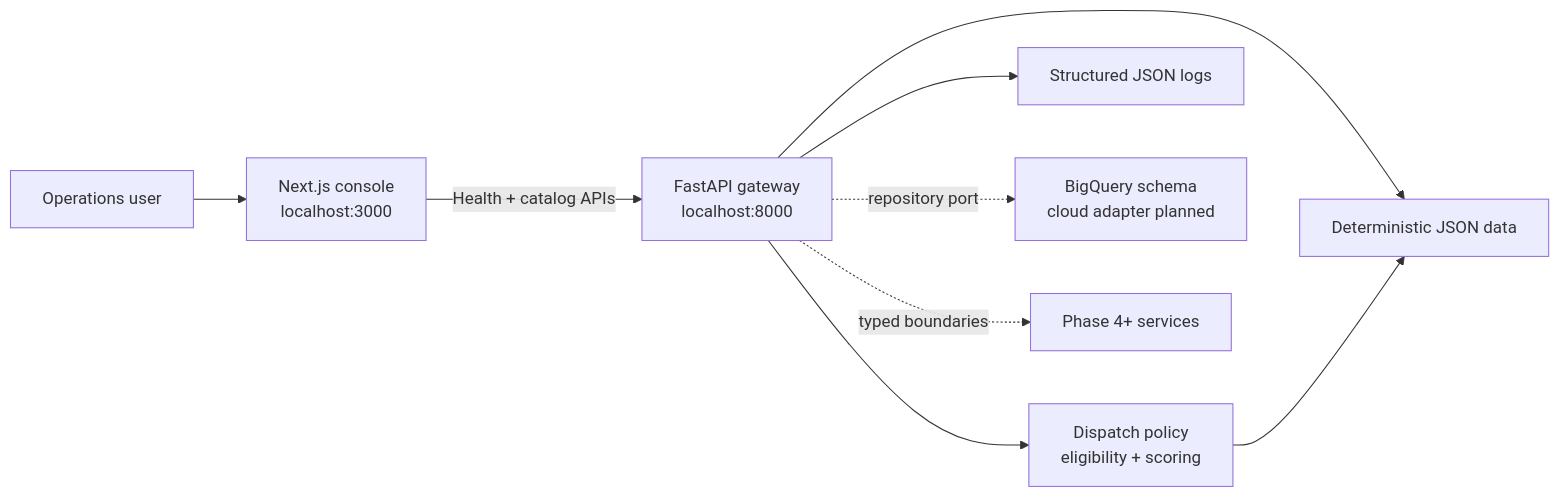
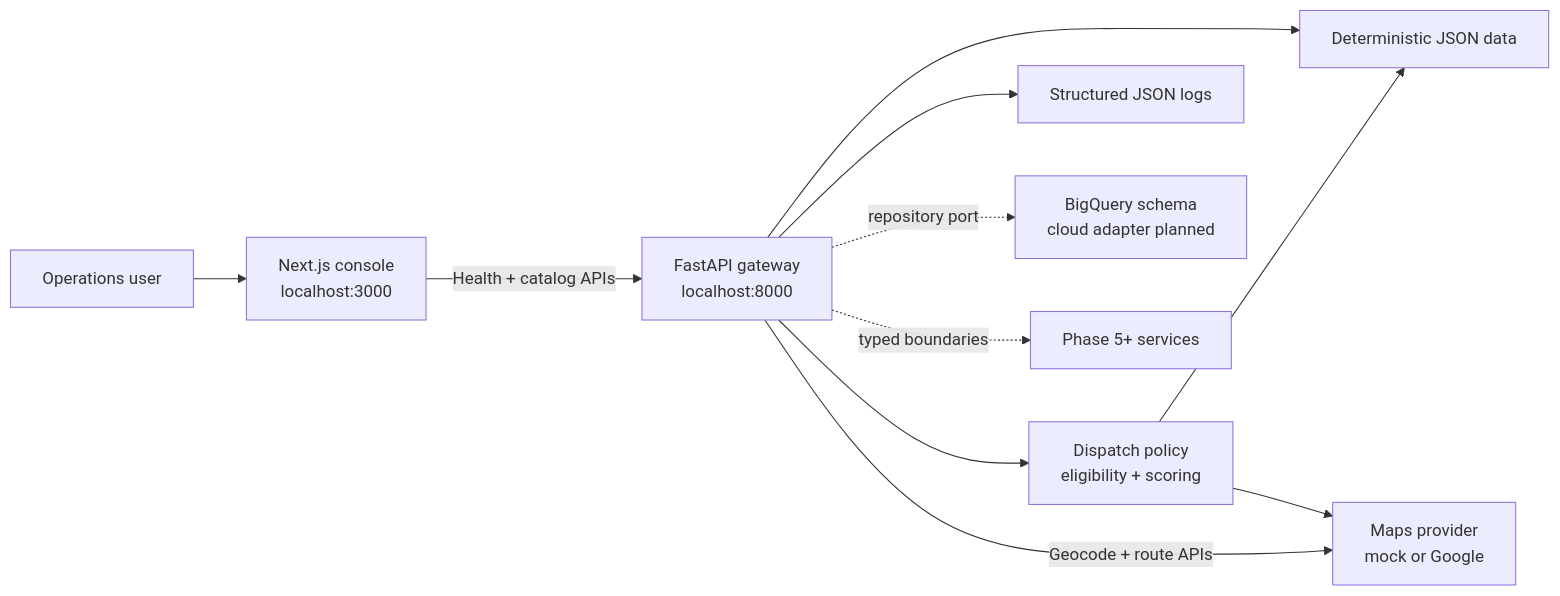
The diagram in README.md (cr7yash/geoops-ai), drawn with Mermaid before and after one commit. The commit also changed other lines of this file and 29 other files, not shown here.

Commit message:
feat: add provider-neutral maps routing

````diff
--- a/README.md
+++ b/README.md
@@ -27,21 +30,24 @@
 ```mermaid
 flowchart LR
     USER[Operations user]
     WEB[Next.js console<br/>localhost:3000]
     API[FastAPI gateway<br/>localhost:8000]
     DISPATCH[Dispatch policy<br/>eligibility + scoring]
+    MAPS[Maps provider<br/>mock or Google]
     LOCAL[Deterministic JSON data]
     LOGS[Structured JSON logs]
     BQ[BigQuery schema<br/>cloud adapter planned]
 
     USER --> WEB
     WEB -->|Health + catalog APIs| API
     API --> LOCAL
     API --> DISPATCH
     DISPATCH --> LOCAL
+    DISPATCH --> MAPS
+    API -->|Geocode + route APIs| MAPS
     API --> LOGS
     API -. repository port .-> BQ
 
-    FUTURE[Phase 4+ services]
+    FUTURE[Phase 5+ services]
     API -. typed boundaries .-> FUTURE
 ```
````
